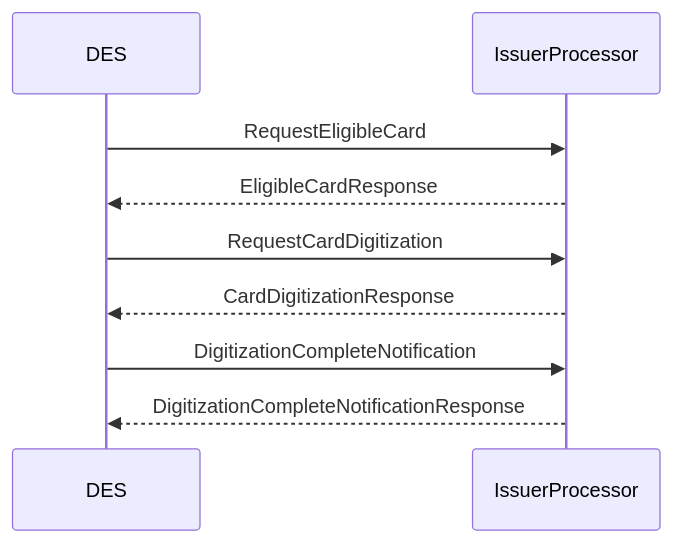
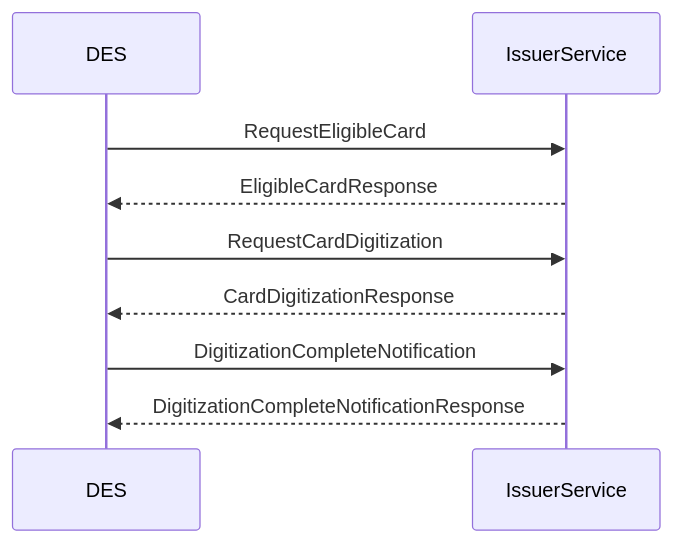
Before and after one commit to BankAxept/bankaxept-des-external-documentation: the third of 3 diagrams in docs/enrolment_epayment.md, drawn with Mermaid. The commit also changed other lines of this file and 4 other files, not shown here.

````diff
--- a/docs/enrolment_epayment.md
+++ b/docs/enrolment_epayment.md
@@ -68,12 +68,12 @@
 ```mermaid
 
 sequenceDiagram
     participant DES
-    participant IssuerProcessor
-    DES ->> IssuerProcessor: RequestEligibleCard
-    IssuerProcessor -->> DES: EligibleCardResponse
-    DES ->> IssuerProcessor: RequestCardDigitization
-    IssuerProcessor -->> DES: CardDigitizationResponse
-    DES ->> IssuerProcessor: DigitizationCompleteNotification
-    IssuerProcessor -->> DES: DigitizationCompleteNotificationResponse
+    participant IssuerService
+    DES ->> IssuerService: RequestEligibleCard
+    IssuerService -->> DES: EligibleCardResponse
+    DES ->> IssuerService: RequestCardDigitization
+    IssuerService -->> DES: CardDigitizationResponse
+    DES ->> IssuerService: DigitizationCompleteNotification
+    IssuerService -->> DES: DigitizationCompleteNotificationResponse
 ```
````
